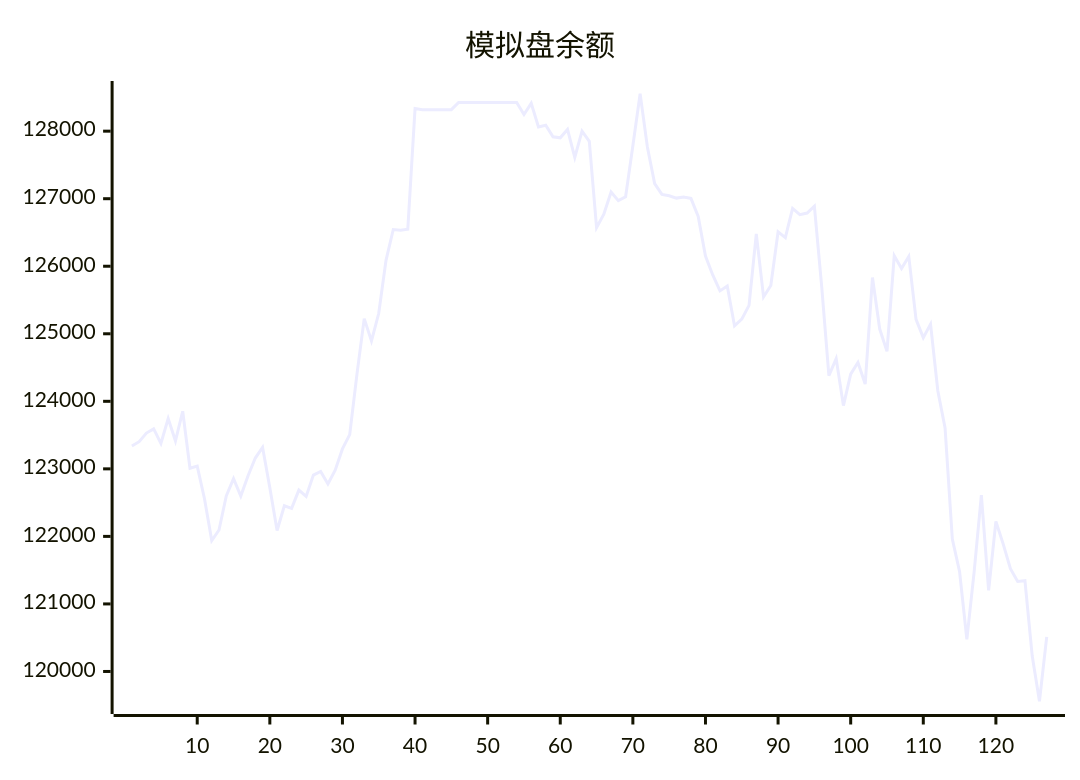
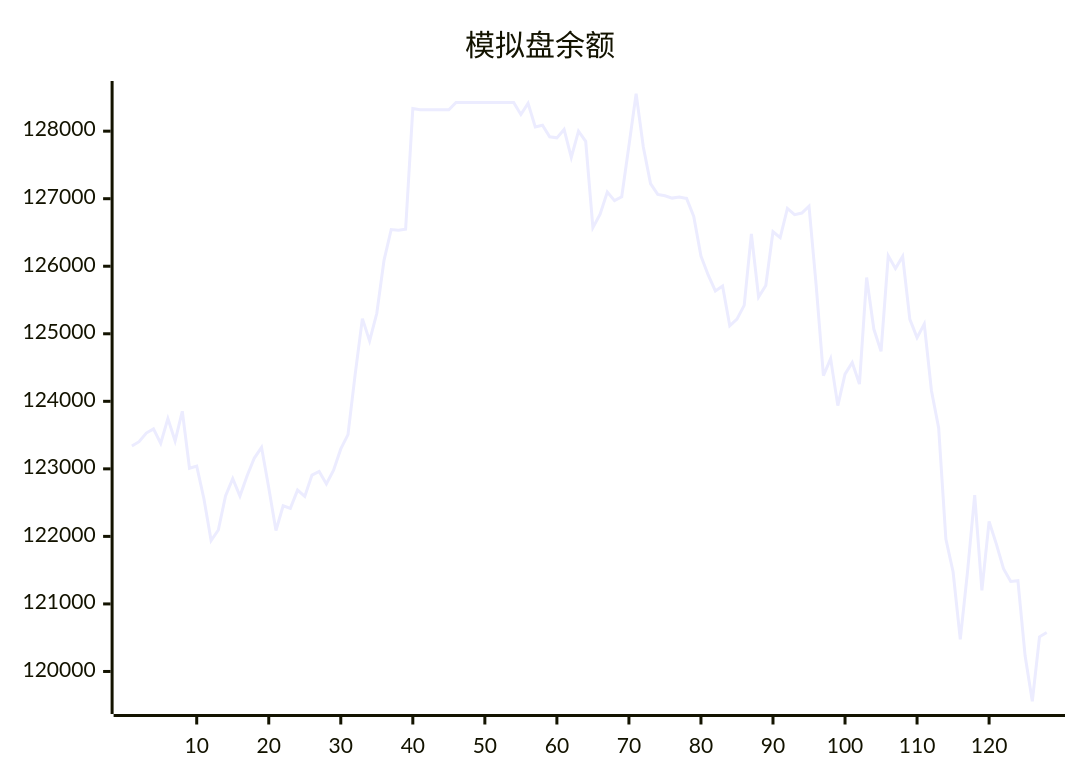
The diagram in README.md (aahl/ai-trading), drawn with Mermaid before and after one commit. The commit also changed other lines of this file and 1 other file, not shown here.

````diff
--- a/README.md
+++ b/README.md
@@ -5,5 +5,5 @@
 ```mermaid
 xychart
     title "模拟盘余额"
-    line [123338,123402,123530,123592,123378,123745,123413,123853,123009,123040,122557,121938,122095,122599,122856,122597,122898,123160,123319,122719,122087,122454,122416,122685,122592,122907,122961,122776,122981,123295,123507,124403,125224,124894,125303,126088,126544,126534,126549,128335,128318,128318,128318,128318,128318,128424,128424,128424,128424,128424,128424,128424,128424,128424,128247,128412,128062,128087,127917,127901,128026,127611,128000,127850,126572,126770,127100,126971,127029,127783,128554,127765,127224,127064,127044,127009,127025,127004,126738,126152,125871,125635,125707,125117,125217,125420,126480,125545,125715,126511,126424,126856,126764,126788,126890,125710,124381,124632,123936,124402,124574,124256,125833,125070,124739,126154,125966,126145,125213,124943,125143,124157,123604,121959,121476,120476,121470,122610,121201,122221,121889,121522,121332,121344,120232,119559,120513]
+    line [123338,123402,123530,123592,123378,123745,123413,123853,123009,123040,122557,121938,122095,122599,122856,122597,122898,123160,123319,122719,122087,122454,122416,122685,122592,122907,122961,122776,122981,123295,123507,124403,125224,124894,125303,126088,126544,126534,126549,128335,128318,128318,128318,128318,128318,128424,128424,128424,128424,128424,128424,128424,128424,128424,128247,128412,128062,128087,127917,127901,128026,127611,128000,127850,126572,126770,127100,126971,127029,127783,128554,127765,127224,127064,127044,127009,127025,127004,126738,126152,125871,125635,125707,125117,125217,125420,126480,125545,125715,126511,126424,126856,126764,126788,126890,125710,124381,124632,123936,124402,124574,124256,125833,125070,124739,126154,125966,126145,125213,124943,125143,124157,123604,121959,121476,120476,121470,122610,121201,122221,121889,121522,121332,121344,120232,119559,120513,120577]
 ```
````
